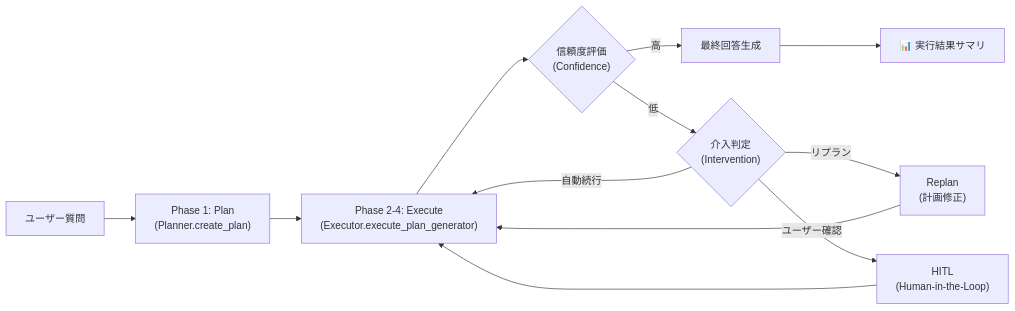
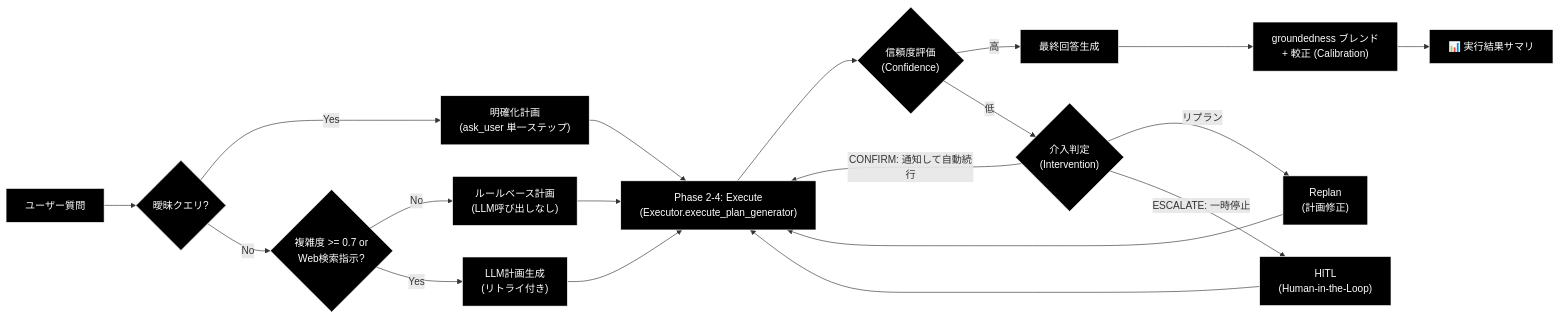
Before and after one commit to nakashima2toshio/openai_grace_agent: the second of 13 diagrams in readme_autonomous_agent.md, drawn with Mermaid. The commit also changed other lines of this file and 4 other files, not shown here.

````diff
--- a/readme_autonomous_agent.md
+++ b/readme_autonomous_agent.md
@@ -140,14 +171,24 @@
 ```mermaid
 flowchart LR
-    Q["ユーザー質問"] --> P["Phase 1: Plan<br/>(Planner.create_plan)"]
-    P --> E["Phase 2-4: Execute<br/>(Executor.execute_plan_generator)"]
+    Q["ユーザー質問"] --> AM{"曖昧クエリ?"}
+    AM -->|Yes| CL["明確化計画<br/>(ask_user 単一ステップ)"]
+    AM -->|No| P{"複雑度 >= 0.7 or<br/>Web検索指示?"}
+    P -->|No| RB["ルールベース計画<br/>(LLM呼び出しなし)"]
+    P -->|Yes| LP["LLM計画生成<br/>(リトライ付き)"]
+    RB --> E["Phase 2-4: Execute<br/>(Executor.execute_plan_generator)"]
+    LP --> E
+    CL --> E
     E --> C{"信頼度評価<br/>(Confidence)"}
     C -->|高| A["最終回答生成"]
     C -->|低| I{"介入判定<br/>(Intervention)"}
-    I -->|自動続行| E
+    I -->|"CONFIRM: 通知して自動続行"| E
     I -->|リプラン| R["Replan<br/>(計画修正)"]
     R --> E
-    I -->|ユーザー確認| H["HITL<br/>(Human-in-the-Loop)"]
+    I -->|"ESCALATE: 一時停止"| H["HITL<br/>(Human-in-the-Loop)"]
     H --> E
-    A --> D["📊 実行結果サマリ"]
+    A --> G["groundedness ブレンド<br/>+ 較正 (Calibration)"]
+    G --> D["📊 実行結果サマリ"]
+classDef default fill:#000,stroke:#fff,color:#fff
+classDef subgraphStyle fill:#1a1a1a,stroke:#fff,color:#fff
+class Q,AM,CL,P,RB,LP,E,C,A,I,R,H,G,D default
 ```
````
